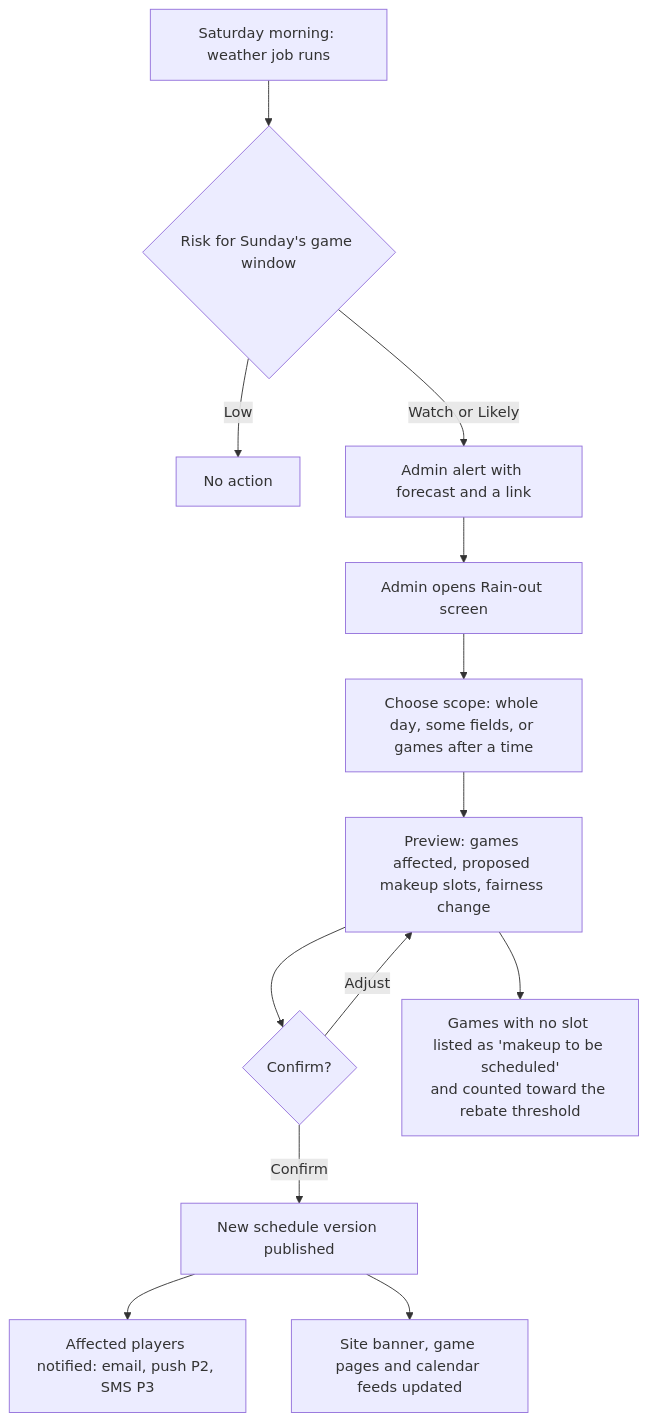
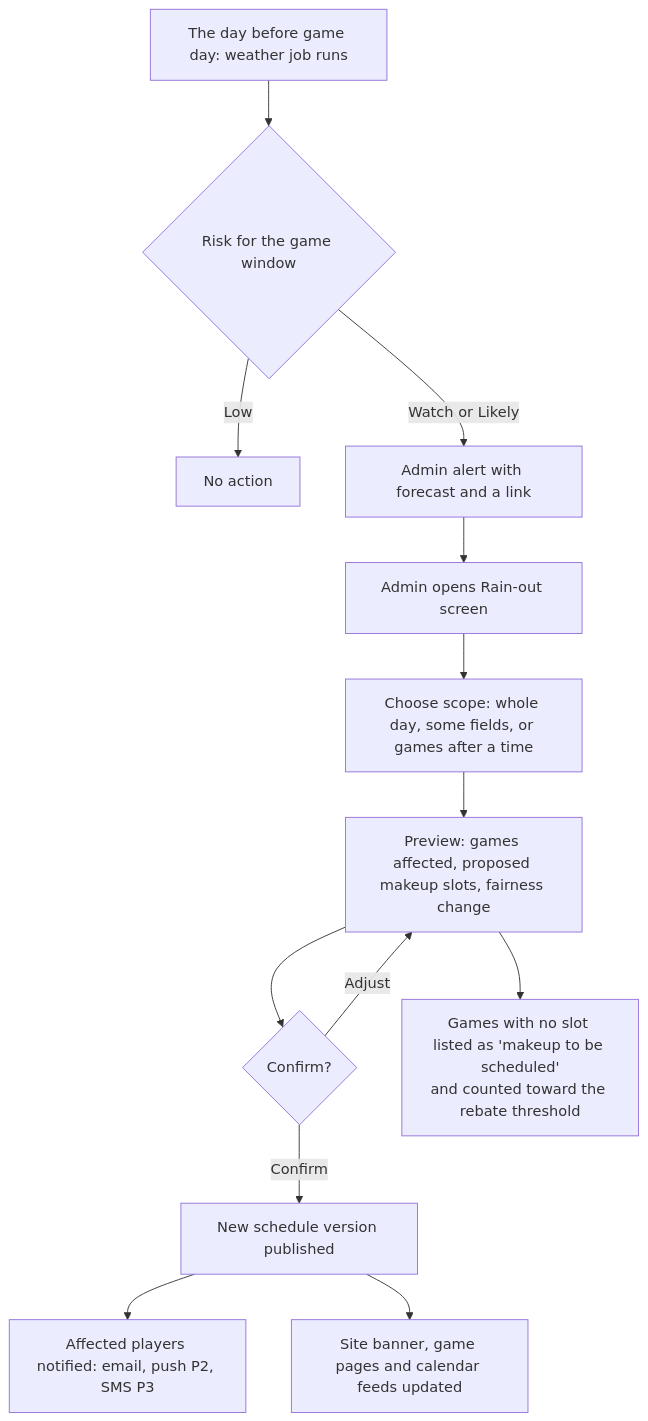
One commit to michael-fesselmeyer/kickball-league changed the fourth of 4 diagrams in docs/information-architecture.md. Above: the diagram before and after it, drawn with Mermaid. The commit also changed other lines of this file and 5 other files, not shown here.

````diff
--- a/docs/information-architecture.md
+++ b/docs/information-architecture.md
@@ -163,15 +163,15 @@
 ```mermaid
 flowchart TD
-  A[Saturday morning: weather job runs] --> B{Risk for Sunday's game window}
+  A[The day before game day: weather job runs] --> B{Risk for the game window}
   B -- Low --> Z[No action]
   B -- Watch or Likely --> C[Admin alert with forecast and a link]
   C --> D[Admin opens Rain-out screen]
   D --> E[Choose scope: whole day, some fields, or games after a time]
   E --> F[Preview: games affected, proposed makeup slots, fairness change]
   F --> G{Confirm?}
   G -- Adjust --> F
   G -- Confirm --> H[New schedule version published]
   H --> I[Affected players notified: email, push P2, SMS P3]
   H --> J[Site banner, game pages and calendar feeds updated]
   F --> K[Games with no slot listed as 'makeup to be scheduled'<br/>and counted toward the rebate threshold]
 ```
````
